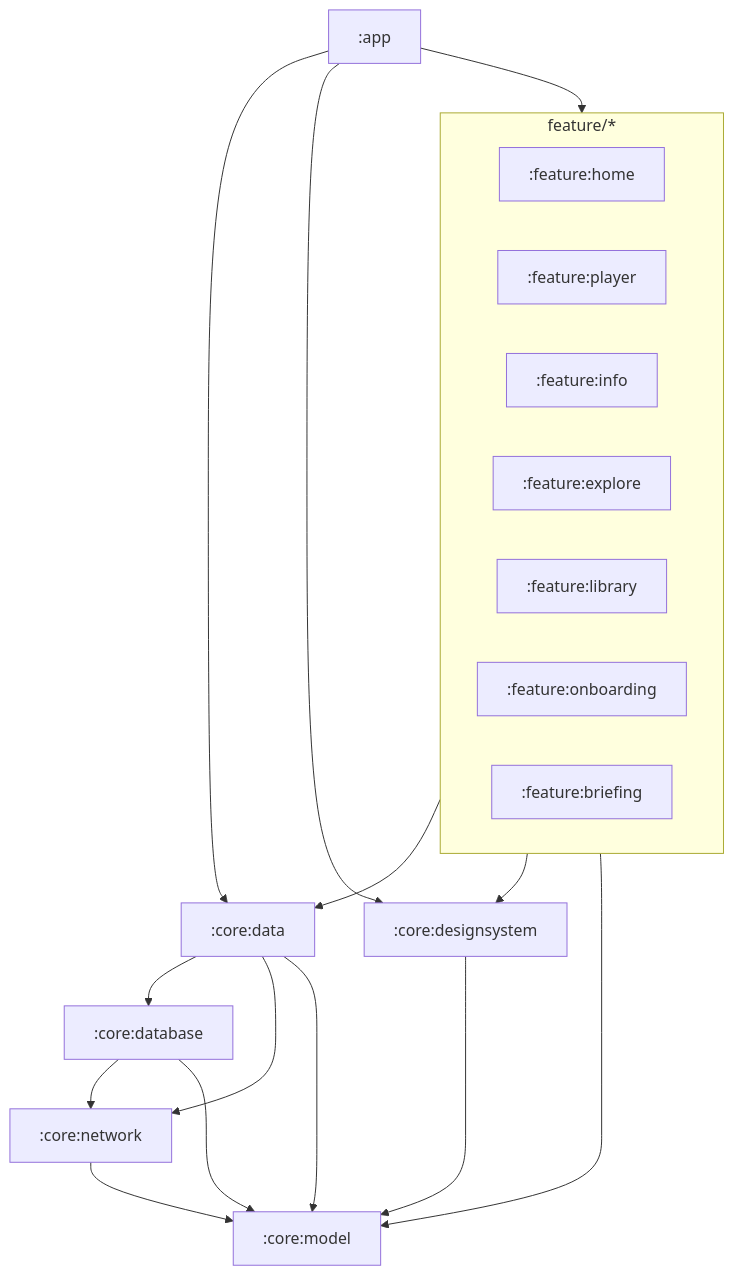
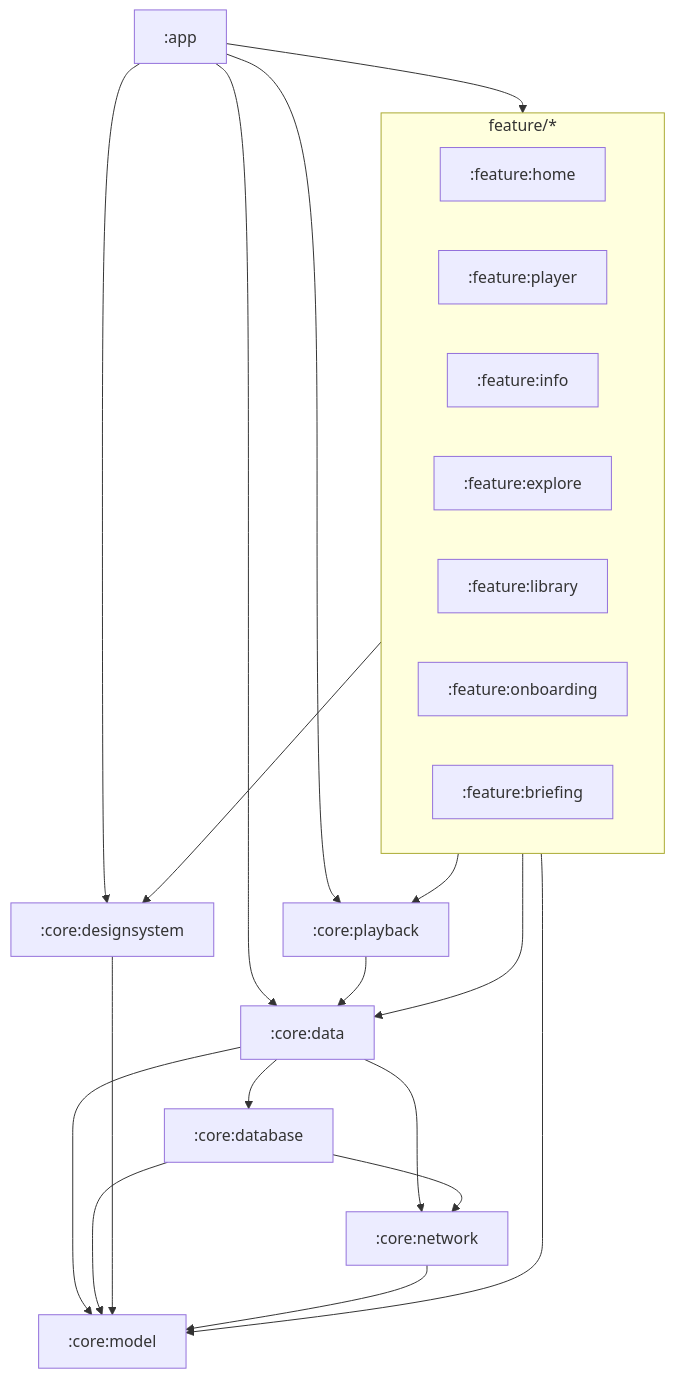
One commit to ashwkun/box.lore.android changed the diagram in ARCHITECTURE.md. Above: the diagram before and after it, drawn with Mermaid. The commit also changed other lines of this file and 32 other files, not shown here.

Commit message:
refactor(P20): extract :core:playback queue and service module

````diff
--- a/ARCHITECTURE.md
+++ b/ARCHITECTURE.md
@@ -28,32 +28,36 @@
 ```mermaid
 flowchart TB
   app[:app]
   subgraph features [feature/*]
     home[:feature:home]
     player[:feature:player]
     info[:feature:info]
     explore[:feature:explore]
     library[:feature:library]
     onboarding[:feature:onboarding]
     briefing[:feature:briefing]
   end
+  playback[:core:playback]
   data[:core:data]
   database[:core:database]
   network[:core:network]
   design[:core:designsystem]
   model[:core:model]
 
   app --> features
+  app --> playback
   app --> data
   app --> design
+  features --> playback
   features --> data
   features --> design
   features --> model
+  playback --> data
   data --> database
   data --> network
   data --> model
   database --> network
   database --> model
   design --> model
   network --> model
 ```
````
